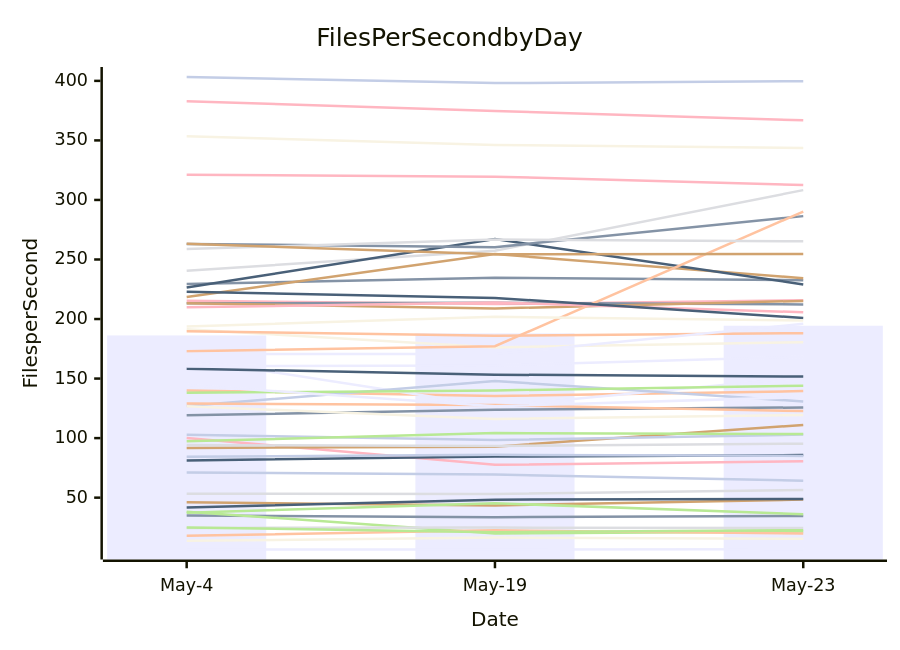
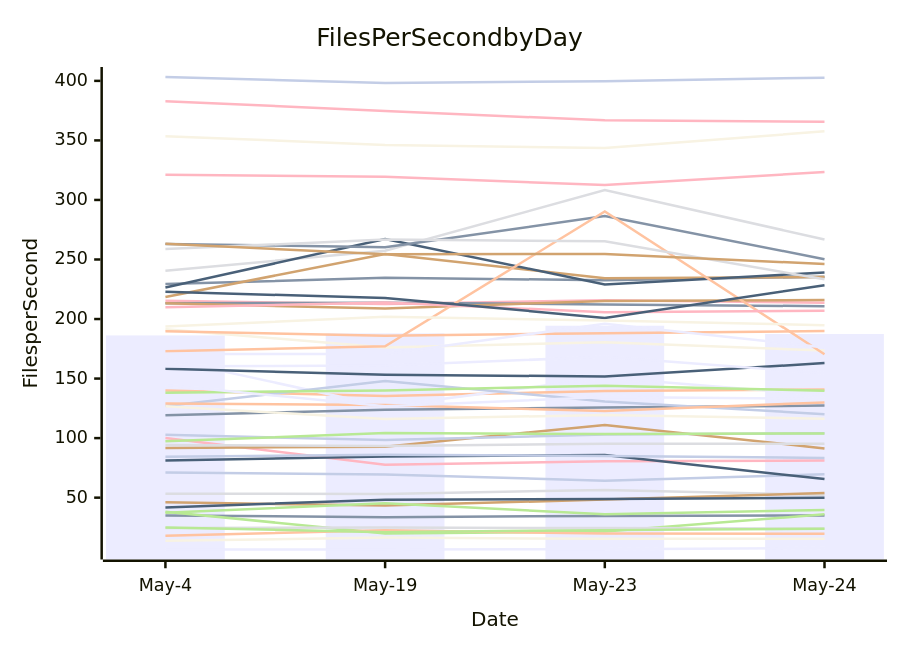
The diagram in perf-report.md (streetsidesoftware/cspell), drawn with Mermaid before and after one commit. The commit also changed other lines of this file and 2 other files, not shown here.

````diff
--- a/perf-report.md
+++ b/perf-report.md
@@ -11,57 +11,57 @@
 ```mermaid
 xychart-beta
     title Files Per Second by Day
     y-axis Files per Second
-    x-axis Date [May-4, May-19, May-23]
-    bar [186.25, 187.94, 194.38]
-    line [35.07, 33.61, 34.69]
-    line [140.01, 135.42, 139.50]
-    line [53.38, 53.17, 56.48]
-    line [38.18, 20.00, 21.53]
-    line [46.04, 43.44, 48.37]
-    line [71.11, 69.47, 64.25]
-    line [100.08, 77.54, 80.59]
-    line [81.26, 84.52, 85.73]
-    line [191.37, 176.15, 180.59]
-    line [166.55, 126.61, 150.87]
-    line [119.17, 123.77, 125.73]
-    line [17.95, 22.53, 19.87]
-    line [24.56, 24.84, 24.48]
-    line [24.93, 21.05, 22.73]
-    line [91.75, 92.82, 111.10]
-    line [102.79, 98.35, 102.96]
-    line [382.99, 374.77, 366.83]
-    line [158.32, 153.28, 151.73]
-    line [13.72, 16.48, 15.39]
-    line [6.46, 6.48, 6.70]
-    line [229.32, 234.71, 232.57]
-    line [189.78, 185.86, 188.16]
-    line [240.52, 257.39, 308.24]
-    line [37.38, 45.35, 36.07]
-    line [218.55, 254.57, 234.26]
-    line [127.00, 147.92, 130.77]
-    line [215.39, 212.55, 215.84]
-    line [226.51, 267.13, 229.05]
-    line [353.58, 346.15, 343.69]
-    line [160.29, 160.94, 168.26]
-    line [213.17, 213.72, 212.23]
-    line [129.13, 127.71, 122.71]
-    line [94.12, 93.35, 95.34]
-    line [138.03, 140.07, 144.01]
-    line [213.15, 208.87, 215.23]
-    line [84.38, 85.95, 85.08]
-    line [321.24, 319.57, 312.48]
-    line [41.81, 48.29, 48.86]
-    line [126.81, 116.06, 119.43]
-    line [144.52, 126.78, 134.48]
-    line [263.11, 260.36, 286.42]
-    line [172.93, 177.15, 290.28]
-    line [258.73, 266.74, 265.26]
-    line [97.37, 104.19, 103.43]
-    line [263.28, 254.35, 254.61]
-    line [403.25, 398.12, 399.78]
-    line [209.84, 213.89, 205.67]
-    line [222.86, 217.73, 200.96]
-    line [193.68, 201.86, 198.76]
-    line [170.59, 170.67, 195.94]
+    x-axis Date [May-4, May-19, May-23, May-24]
+    bar [186.25, 187.94, 194.38, 187.43]
+    line [35.07, 33.61, 34.69, 35.07]
+    line [140.01, 135.42, 139.50, 140.81]
+    line [53.38, 53.17, 56.48, 52.17]
+    line [38.18, 20.00, 21.53, 36.00]
+    line [46.04, 43.44, 48.37, 53.95]
+    line [71.11, 69.47, 64.25, 69.68]
+    line [100.08, 77.54, 80.59, 81.19]
+    line [81.26, 84.52, 85.73, 65.58]
+    line [191.37, 176.15, 180.59, 173.51]
+    line [166.55, 126.61, 150.87, 136.09]
+    line [119.17, 123.77, 125.73, 127.32]
+    line [17.95, 22.53, 19.87, 19.75]
+    line [24.56, 24.84, 24.48, 24.06]
+    line [24.93, 21.05, 22.73, 23.96]
+    line [91.75, 92.82, 111.10, 91.35]
+    line [102.79, 98.35, 102.96, 104.18]
+    line [382.99, 374.77, 366.83, 365.63]
+    line [158.32, 153.28, 151.73, 163.01]
+    line [13.72, 16.48, 15.39, 15.43]
+    line [6.46, 6.48, 6.70, 7.63]
+    line [229.32, 234.71, 232.57, 235.54]
+    line [189.78, 185.86, 188.16, 189.92]
+    line [240.52, 257.39, 308.24, 266.81]
+    line [37.38, 45.35, 36.07, 39.62]
+    line [218.55, 254.57, 234.26, 235.25]
+    line [127.00, 147.92, 130.77, 120.14]
+    line [215.39, 212.55, 215.84, 213.57]
+    line [226.51, 267.13, 229.05, 239.01]
+    line [353.58, 346.15, 343.69, 357.62]
+    line [160.29, 160.94, 168.26, 154.40]
+    line [213.17, 213.72, 212.23, 210.77]
+    line [129.13, 127.71, 122.71, 130.01]
+    line [94.12, 93.35, 95.34, 95.31]
+    line [138.03, 140.07, 144.01, 139.76]
+    line [213.15, 208.87, 215.23, 215.92]
+    line [84.38, 85.95, 85.08, 83.30]
+    line [321.24, 319.57, 312.48, 323.46]
+    line [41.81, 48.29, 48.86, 49.82]
+    line [126.81, 116.06, 119.43, 116.29]
+    line [144.52, 126.78, 134.48, 132.87]
+    line [263.11, 260.36, 286.42, 250.28]
+    line [172.93, 177.15, 290.28, 170.47]
+    line [258.73, 266.74, 265.26, 233.36]
+    line [97.37, 104.19, 103.43, 103.91]
+    line [263.28, 254.35, 254.61, 246.24]
+    line [403.25, 398.12, 399.78, 402.71]
+    line [209.84, 213.89, 205.67, 206.90]
+    line [222.86, 217.73, 200.96, 228.42]
+    line [193.68, 201.86, 198.76, 194.78]
+    line [170.59, 170.67, 195.94, 176.19]
 ```
````
